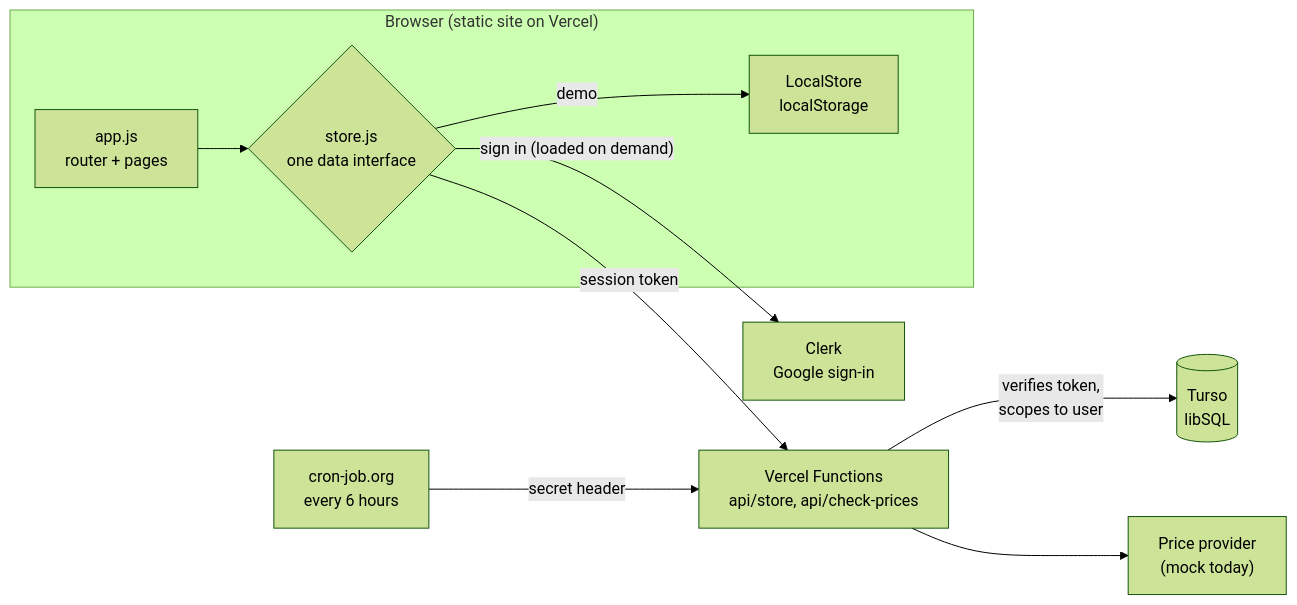
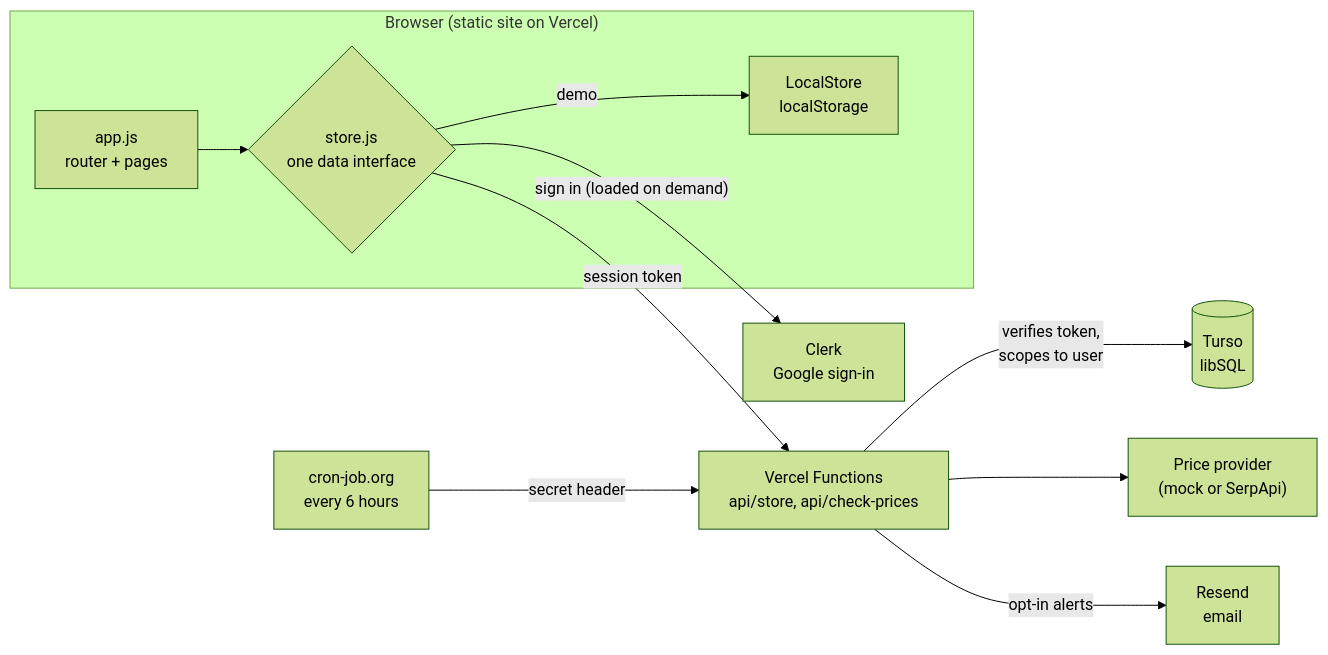
One commit to SuzanneV0/giftingsmart changed the diagram in README.md. Above: the diagram before and after it, drawn with Mermaid (forest theme). The commit also changed other lines of this file and 22 other files, not shown here.

First line of the commit message:
Add SerpApi prices, opt-in email alerts, Playwright tests and data retention (#1)

````diff
--- a/README.md
+++ b/README.md
@@ -24,12 +24,13 @@
 ```mermaid
 flowchart LR
   subgraph Browser["Browser (static site on Vercel)"]
     UI["app.js<br/>router + pages"] --> Store{"store.js<br/>one data interface"}
     Store -->|demo| Local["LocalStore<br/>localStorage"]
   end
   Store -->|"sign in (loaded on demand)"| Auth["Clerk<br/>Google sign-in"]
   Store -->|"session token"| API["Vercel Functions<br/>api/store, api/check-prices"]
   API -->|"verifies token,<br/>scopes to user"| DB[("Turso<br/>libSQL")]
   Cron["cron-job.org<br/>every 6 hours"] -->|secret header| API
-  API --> Provider["Price provider<br/>(mock today)"]
+  API --> Provider["Price provider<br/>(mock or SerpApi)"]
+  API -->|"opt-in alerts"| Email["Resend<br/>email"]
 ```
````
